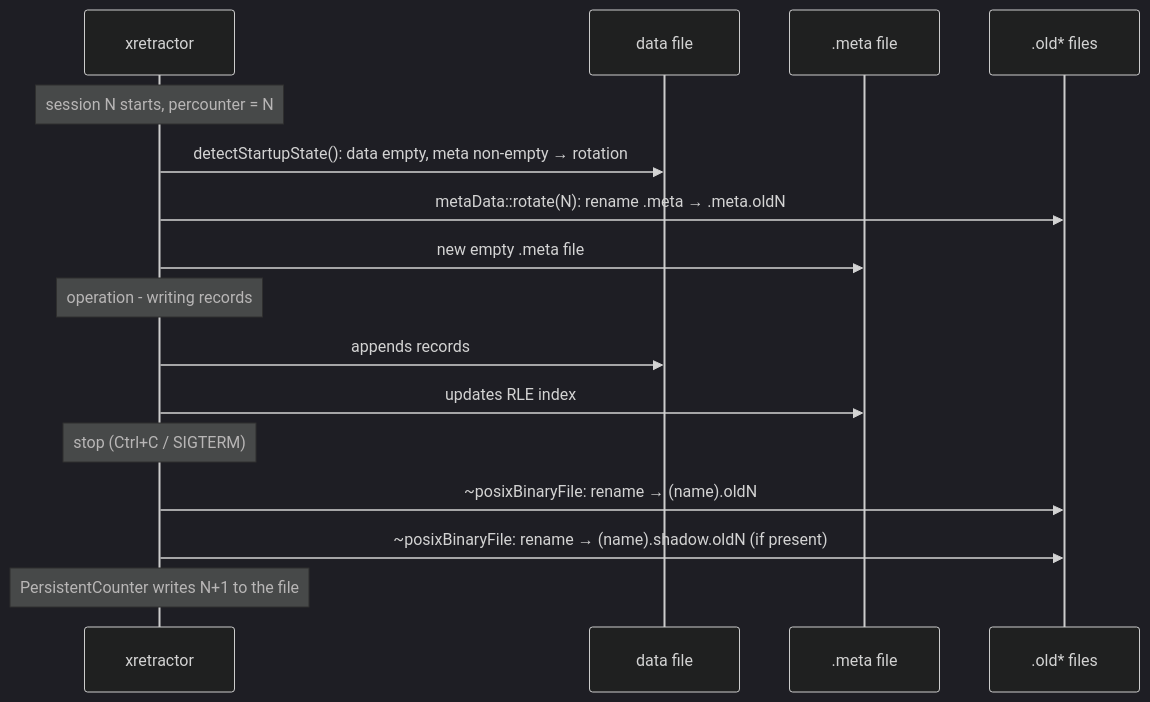
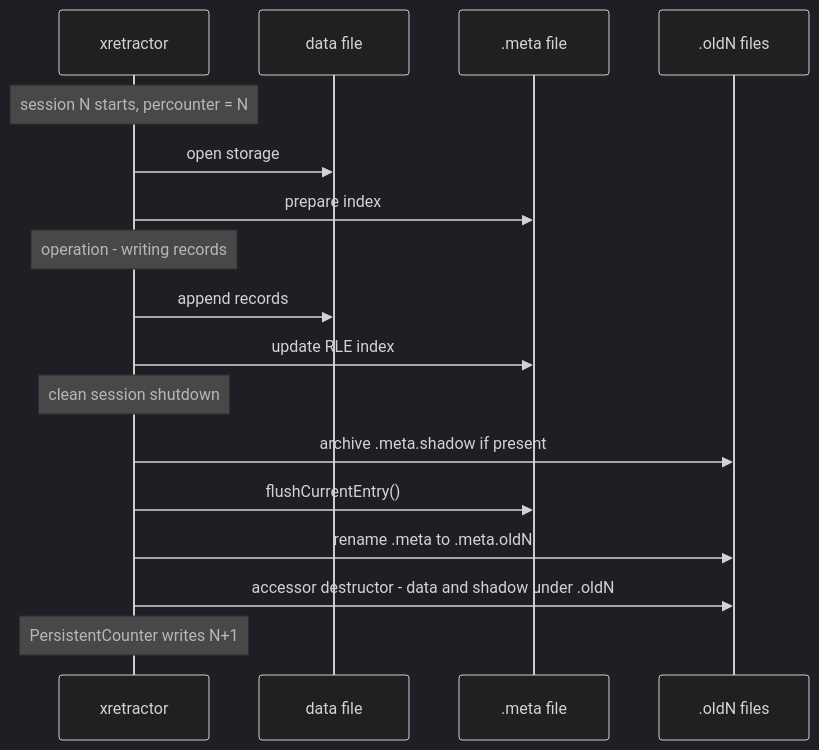
Before and after one commit to michalwidera/documentation-rdb: the diagram in data-processing-system-architecture/data-storage-format/rotation.md, drawn with Mermaid (dark theme). The commit also changed other lines of this file and 3 other files, not shown here.

````diff
--- a/data-processing-system-architecture/data-storage-format/rotation.md
+++ b/data-processing-system-architecture/data-storage-format/rotation.md
@@ -28,22 +27,21 @@
 ```mermaid
 %% pdf-width: 100%
 sequenceDiagram
     participant RQL as xretractor
     participant D as data file
     participant M as .meta file
-    participant Old as .old* files
+    participant Old as .oldN files
 
     Note over RQL: session N starts, percounter = N
-    RQL->>D: detectStartupState(): data empty, meta non-empty → rotation
-    RQL->>Old: metaData::rotate(N): rename .meta → .meta.oldN
-    RQL->>M: new empty .meta file
-
+    RQL->>D: open storage
+    RQL->>M: prepare index
     Note over RQL: operation - writing records
-    RQL->>D: appends records
-    RQL->>M: updates RLE index
-
-    Note over RQL: stop (Ctrl+C / SIGTERM)
-    RQL->>Old: ~posixBinaryFile: rename → (name).oldN
-    RQL->>Old: ~posixBinaryFile: rename → (name).shadow.oldN (if present)
-    Note over RQL: PersistentCounter writes N+1 to the file
+    RQL->>D: append records
+    RQL->>M: update RLE index
+    Note over RQL: clean session shutdown
+    RQL->>Old: archive .meta.shadow if present
+    RQL->>M: flushCurrentEntry()
+    RQL->>Old: rename .meta to .meta.oldN
+    RQL->>Old: accessor destructor - data and shadow under .oldN
+    Note over RQL: PersistentCounter writes N+1
 ```
````
